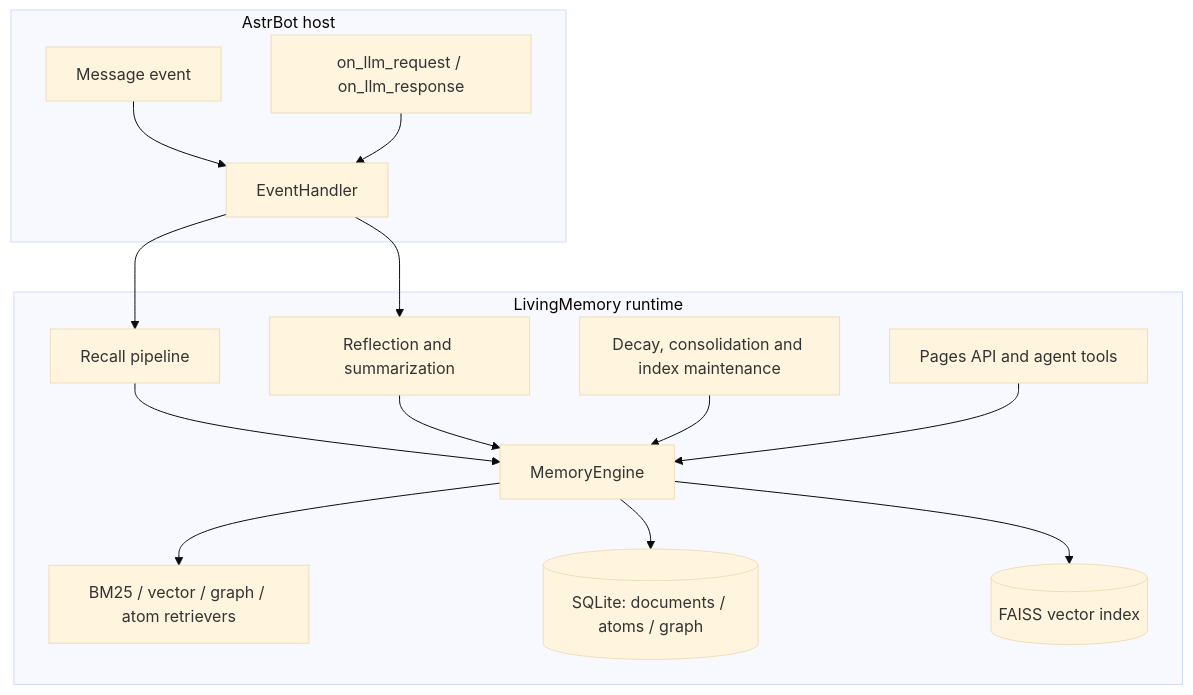
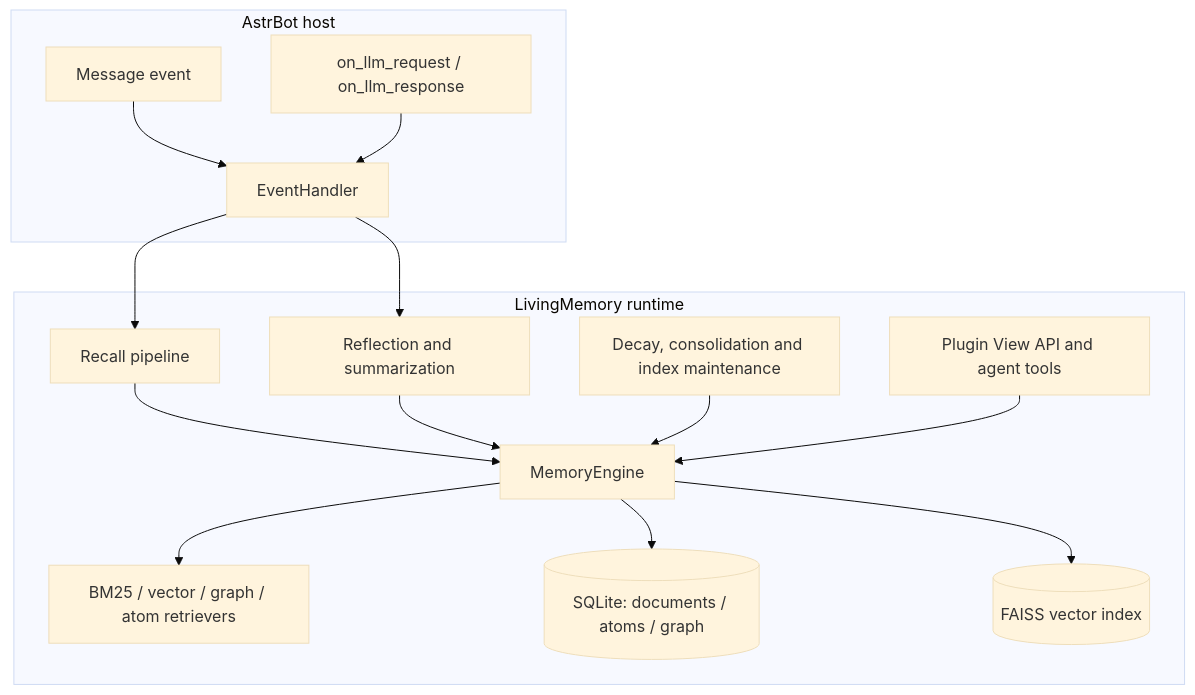
One commit to lxfight-s-Astrbot-Plugins/astrbot_plugin_livingmemory changed the first of 4 diagrams in docs/en/architecture.md. Above: the diagram before and after it, drawn with Mermaid (base theme). The commit also changed other lines of this file and 22 other files, not shown here.

````diff
--- a/docs/en/architecture.md
+++ b/docs/en/architecture.md
@@ -7,18 +7,18 @@
 ```mermaid
 flowchart TB
     subgraph HOST["AstrBot host"]
         MSG["Message event"] --> EH["EventHandler"]
         HOOKS["on_llm_request / on_llm_response"] --> EH
     end
     subgraph CORE["LivingMemory runtime"]
         EH --> RECALL["Recall pipeline"]
         EH --> REFLECT["Reflection and summarization"]
         RECALL --> ENGINE["MemoryEngine"]
         REFLECT --> ENGINE
         ENGINE --> RETRIEVERS["BM25 / vector / graph / atom retrievers"]
         ENGINE --> SQLITE[("SQLite: documents / atoms / graph")]
         ENGINE --> FAISS[("FAISS vector index")]
         SCHED["Decay, consolidation and index maintenance"] --> ENGINE
-        API["Pages API and agent tools"] --> ENGINE
+        API["Plugin View API and agent tools"] --> ENGINE
     end
 ```
````
